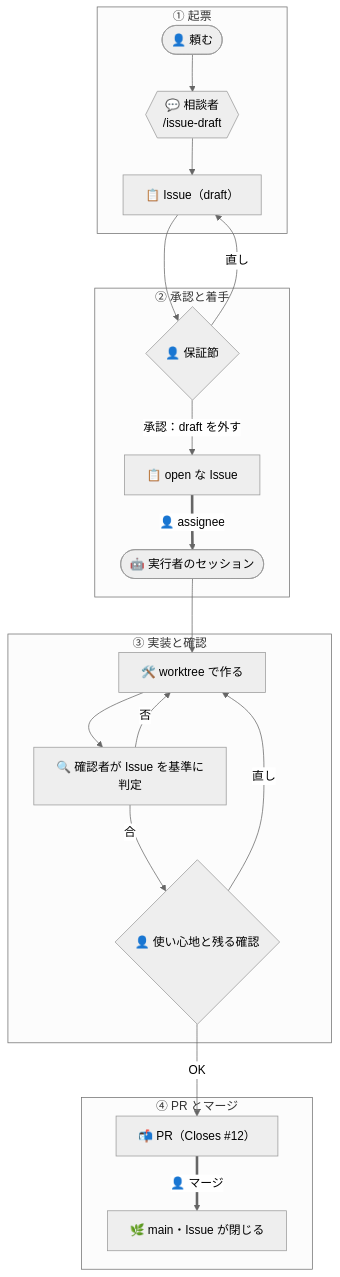
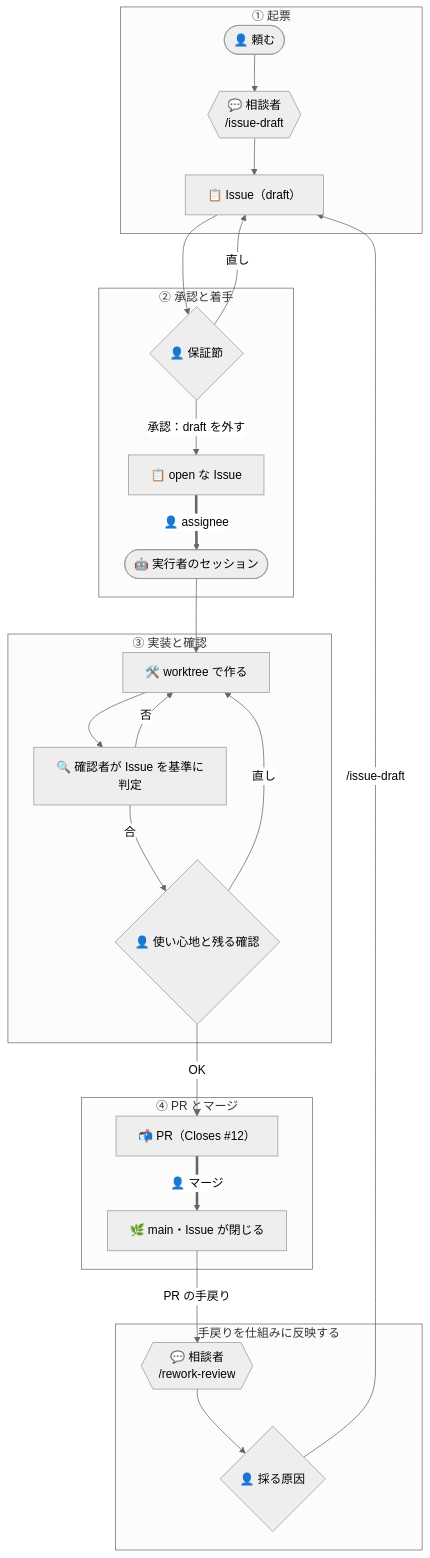
One commit to yktsnet/sdlc-kit changed the diagram in docs/flows/team.md. Above: the diagram before and after it, drawn with Mermaid (neutral theme). The commit also changed other lines of this file and 5 other files, not shown here.

First line of the commit message:
feat: flow-team に手戻りの記録と、繰り返す原因を Issue にする rework-review を足す (#28)

````diff
--- a/docs/flows/team.md
+++ b/docs/flows/team.md
@@ -23,24 +23,29 @@
 ```mermaid
 flowchart TD
     subgraph p1 ["① 起票"]
         R(["👤 頼む"]) --> C{{"💬 相談者<br/>/issue-draft"}}
         C --> I["📋 Issue（draft）"]
     end
     subgraph p2 ["② 承認と着手"]
         I --> A{"👤 保証節"}
         A -->|直し| I
         A -->|"承認：draft を外す"| O[📋 open な Issue]
         O ==>|"👤 assignee"| E(["🤖 実行者のセッション"])
     end
     subgraph p3 ["③ 実装と確認"]
         E --> W[🛠️ worktree で作る]
         W --> Q[🔍 確認者が Issue を基準に判定]
         Q -->|否| W
         Q -->|合| V{"👤 使い心地と残る確認"}
         V -->|直し| W
     end
     subgraph p4 ["④ PR とマージ"]
         V -->|OK| P["📬 PR（Closes #12）"]
         P ==>|"👤 マージ"| M[🌿 main・Issue が閉じる]
     end
+    subgraph p5 ["手戻りを仕組みに反映する"]
+        RR{{"💬 相談者<br/>/rework-review"}} --> RA{"👤 採る原因"}
+    end
+    M -->|PR の手戻り| RR
+    RA -->|"/issue-draft"| I
 ```
````
